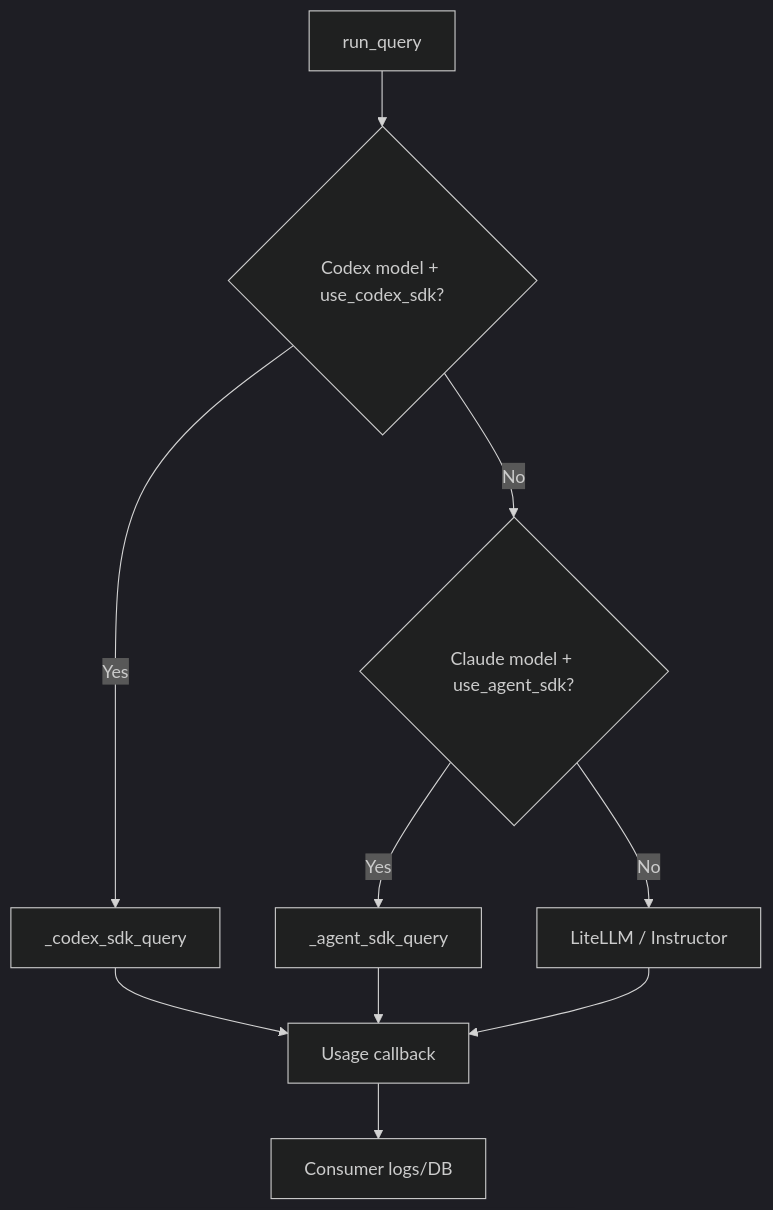
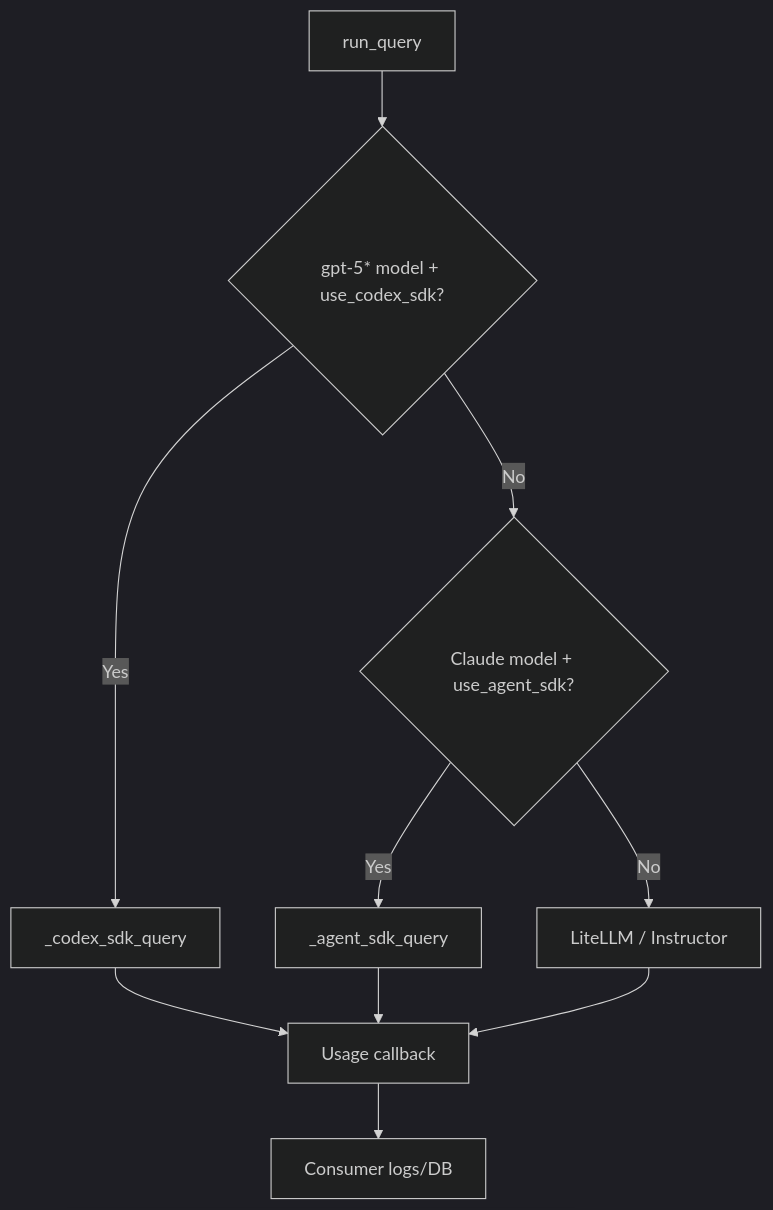
The diagram in docs/STRUCTURE.md (masta-g3/llm-query-utils), drawn with Mermaid (dark theme) before and after one commit. The commit also changed other lines of this file and 6 other files, not shown here.

First line of the commit message:
Expand Codex routing for GPT-5 models.

````diff
--- a/docs/STRUCTURE.md
+++ b/docs/STRUCTURE.md
@@ -23,13 +23,13 @@
 ```mermaid
 flowchart TD
-    A[run_query] --> B{Codex model + use_codex_sdk?}
+    A[run_query] --> B{gpt-5* model + use_codex_sdk?}
     B -->|Yes| C[_codex_sdk_query]
     B -->|No| D{Claude model + use_agent_sdk?}
     D -->|Yes| E[_agent_sdk_query]
     D -->|No| F[LiteLLM / Instructor]
 
     C --> G[Usage callback]
     E --> G
     F --> G
     G --> H[Consumer logs/DB]
 ```
````
